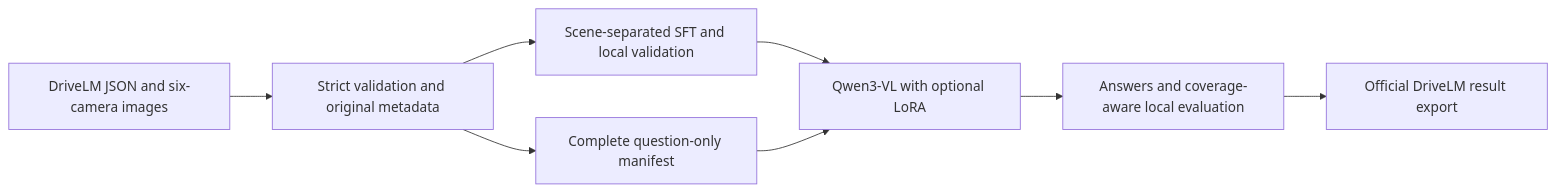
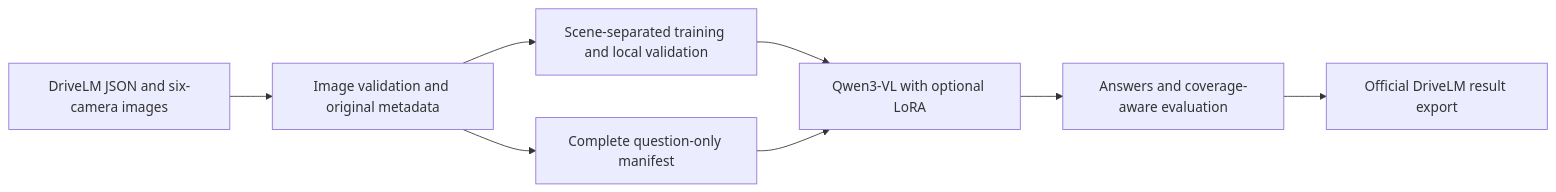
The diagram in README.md (yojo0503/drive-scene-reasoner), drawn with Mermaid before and after one commit. The commit also changed other lines of this file and 2 other files, not shown here.

````diff
--- a/README.md
+++ b/README.md
@@ -16,10 +15,10 @@
 ```mermaid
 flowchart LR
-  A[DriveLM JSON and six-camera images] --> B[Strict validation and original metadata]
-  B --> C[Scene-separated SFT and local validation]
+  A[DriveLM JSON and six-camera images] --> B[Image validation and original metadata]
+  B --> C[Scene-separated training and local validation]
   B --> D[Complete question-only manifest]
   C --> E[Qwen3-VL with optional LoRA]
   D --> E
-  E --> F[Answers and coverage-aware local evaluation]
+  E --> F[Answers and coverage-aware evaluation]
   F --> G[Official DriveLM result export]
 ```
````
